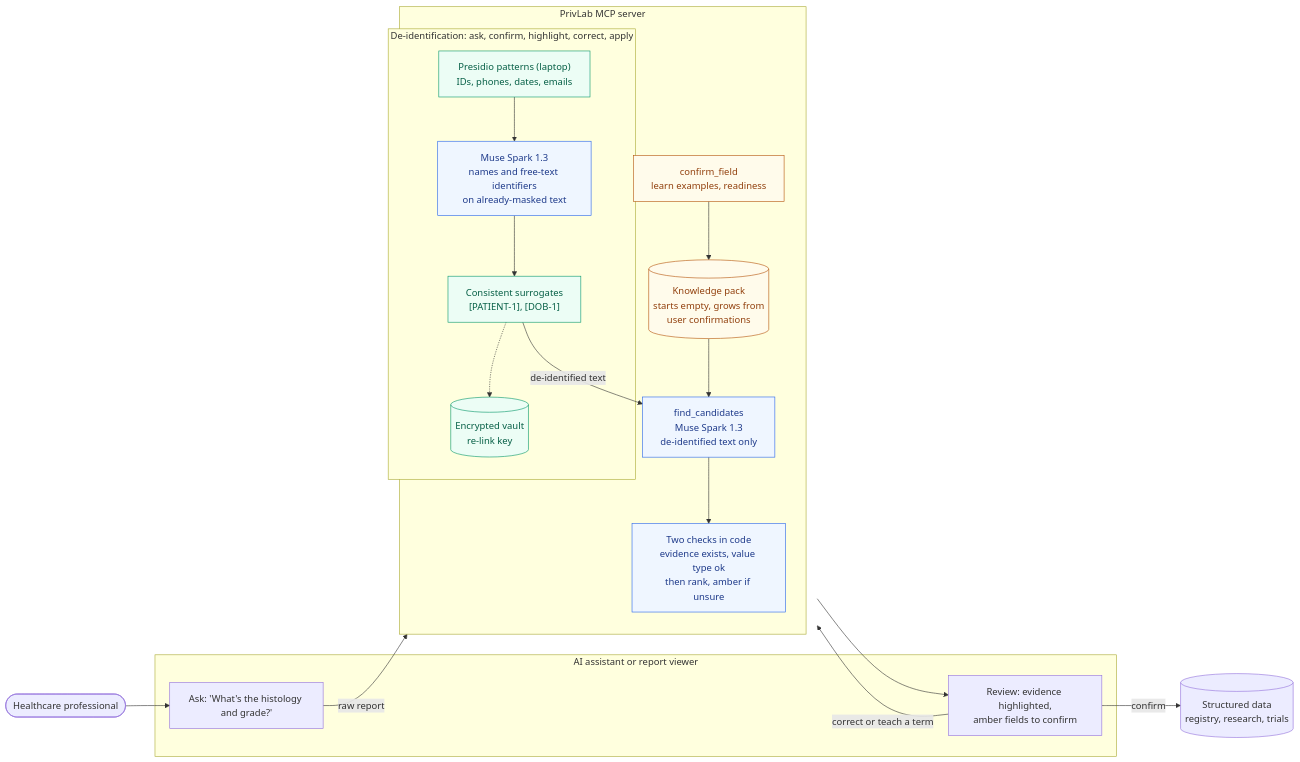
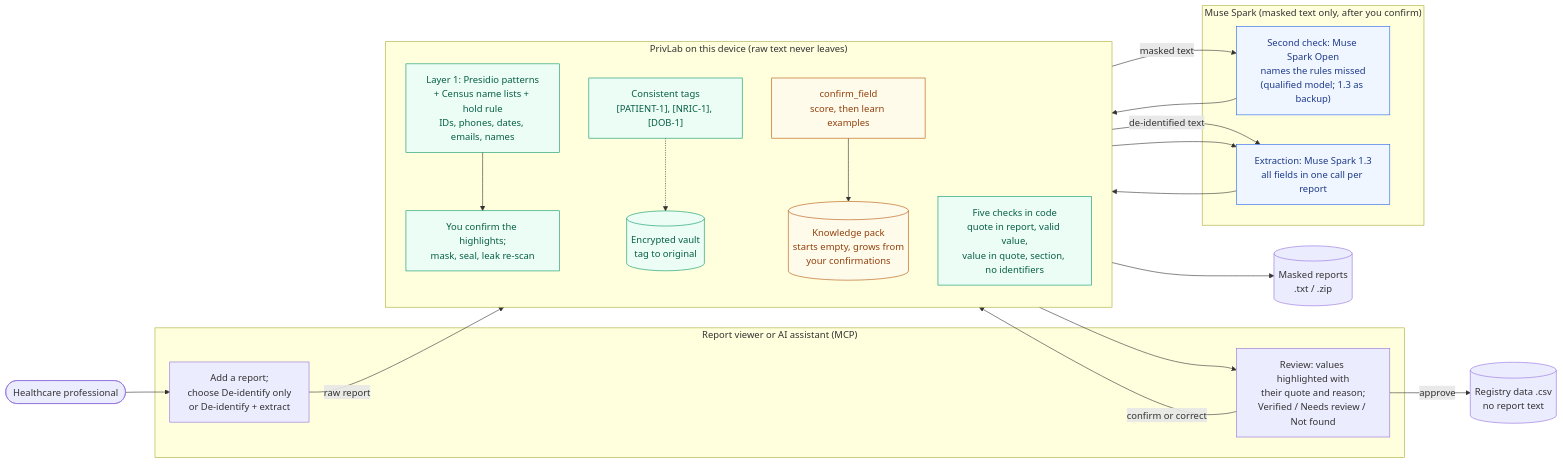
One commit to megan-chu/PrivLab changed the diagram in docs/architecture.mmd. Above: the diagram before and after it, drawn with Mermaid. The commit also changed 2 other files, not shown here.

Commit message:
docs: update README export and qualification rows and both diagrams
- README: the masked report text is now a separate, user-chosen download next to the
  structured registry CSV (withheld if an identifier pattern remains); both name-check
  models passed qualification (11 of 12, no false alarms)
- architecture.mmd: name check on Muse Spark Open with 1.3 as backup, five code checks,
  task switch, two exports, raw text stays on the device
- teach_workflow.mmd: field definition as a conversation, check on the open report,
  Verified / Needs review / Not found, approve and next

```diff
--- a/docs/architecture.mmd
+++ b/docs/architecture.mmd
@@ -1,42 +1,47 @@
 flowchart LR
     U(["Healthcare professional"])
 
-    subgraph CLIENT["AI assistant or report viewer"]
-        Q["Ask: 'What's the histology and grade?'"]
-        R["Review: evidence highlighted,\namber fields to confirm"]
+    subgraph CLIENT["Report viewer or AI assistant (MCP)"]
+        Q["Add a report;<br/>choose De-identify only<br/>or De-identify + extract"]
+        R["Review: values highlighted with<br/>their quote and reason;<br/>Verified / Needs review / Not found"]
     end
 
-    subgraph MCP["PrivLab MCP server"]
+    subgraph LOCAL["PrivLab on this device (raw text never leaves)"]
         direction TB
-        subgraph HOSP["De-identification: ask, confirm, highlight, correct, apply"]
-            RULES["Presidio patterns (laptop)\nIDs, phones, dates, emails"]
-            GLIM["Muse Spark 1.3\nnames and free-text identifiers\non already-masked text"]
-            SUR["Consistent surrogates\n[PATIENT-1], [DOB-1]"]
-            VAULT[("Encrypted vault\nre-link key")]
-        end
-        REC["find_candidates\nMuse Spark 1.3\nde-identified text only"]
-        VAL["Two checks in code\nevidence exists, value type ok\nthen rank, amber if unsure"]
-        PACKS[("Knowledge pack\nstarts empty, grows from\nuser confirmations")]
-        TEACH["confirm_field\nlearn examples, readiness"]
+        RULES["Layer 1: Presidio patterns<br/>+ Census name lists + hold rule<br/>IDs, phones, dates, emails, names"]
+        GATE["You confirm the highlights;<br/>mask, seal, leak re-scan"]
+        SUR["Consistent tags<br/>[PATIENT-1], [NRIC-1], [DOB-1]"]
+        VAULT[("Encrypted vault<br/>tag to original")]
+        VAL["Five checks in code<br/>quote in report, valid value,<br/>value in quote, section, no identifiers"]
+        PACKS[("Knowledge pack<br/>starts empty, grows from<br/>your confirmations")]
+        TEACH["confirm_field<br/>score, then learn examples"]
     end
 
-    OUT[("Structured data\nregistry, research, trials")]
+    subgraph CLOUD["Muse Spark (masked text only, after you confirm)"]
+        NAME["Second check: Muse Spark Open<br/>names the rules missed<br/>(qualified model; 1.3 as backup)"]
+        REC["Extraction: Muse Spark 1.3<br/>all fields in one call per report"]
+    end
+
+    OUT1[("Masked reports<br/>.txt / .zip")]
+    OUT2[("Registry data .csv<br/>no report text")]
 
     U --> Q
     Q -->|"raw report"| RULES
-    RULES --> GLIM --> SUR
+    RULES --> GATE
+    GATE -->|"masked text"| NAME
+    NAME --> SUR
     SUR -.-> VAULT
+    SUR --> OUT1
     SUR -->|"de-identified text"| REC
     PACKS --> REC
     REC --> VAL --> R
-    R -->|"confirm"| OUT
-    R -->|"correct or teach a term"| TEACH
+    R -->|"approve"| OUT2
+    R -->|"confirm or correct"| TEACH
     TEACH --> PACKS
 
     classDef safe fill:#ECFDF5,stroke:#059669,color:#065F46
     classDef cloud fill:#EFF6FF,stroke:#2563EB,color:#1E3A8A
     classDef know fill:#FFFBEB,stroke:#B45309,color:#92400E
-    class RULES,SUR,VAULT safe
-    class GLIM cloud
-    class REC,VAL cloud
+    class RULES,GATE,SUR,VAULT,VAL safe
+    class NAME,REC cloud
     class PACKS,TEACH know
```
